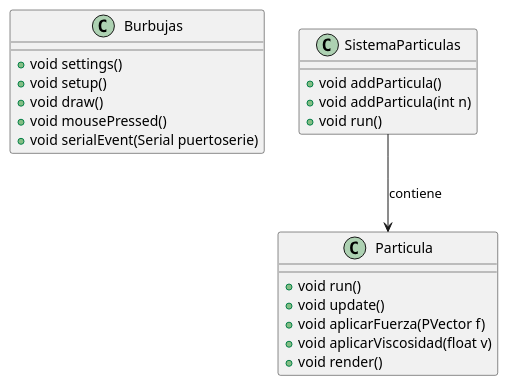
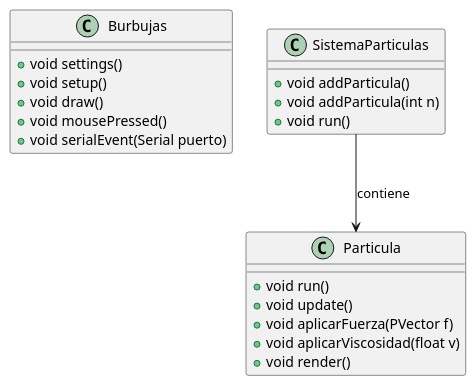
One commit to uma-dte-docencia/burbujas changed the diagram in doc/classes_diagram.puml. Above: the diagram before and after it, drawn with PlantUML. The commit also changed 2 other files, not shown here.

```diff
--- a/doc/classes_diagram.puml
+++ b/doc/classes_diagram.puml
@@ -1,29 +1,29 @@
 @startuml classes_processing
 
 ' Declaración de las clases en Processing
 class Burbujas {
     +void settings()
     +void setup()
     +void draw()
     +void mousePressed()
-    +void serialEvent(Serial puertoserie)
+    +void serialEvent(Serial puerto)
 }
 
 class Particula {
     +void run()
     +void update()
     +void aplicarFuerza(PVector f)
     +void aplicarViscosidad(float v)
     +void render()
 }
 
 class SistemaParticulas {
     +void addParticula()
     +void addParticula(int n)
     +void run()
 }
 
 ' Relaciones entre las clases
 SistemaParticulas --> Particula : contiene
 
 @enduml
```
